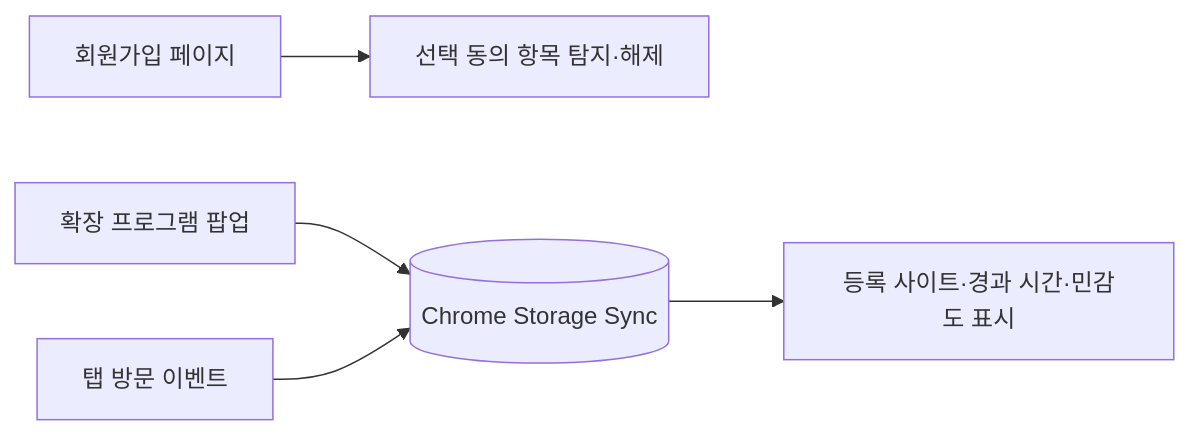
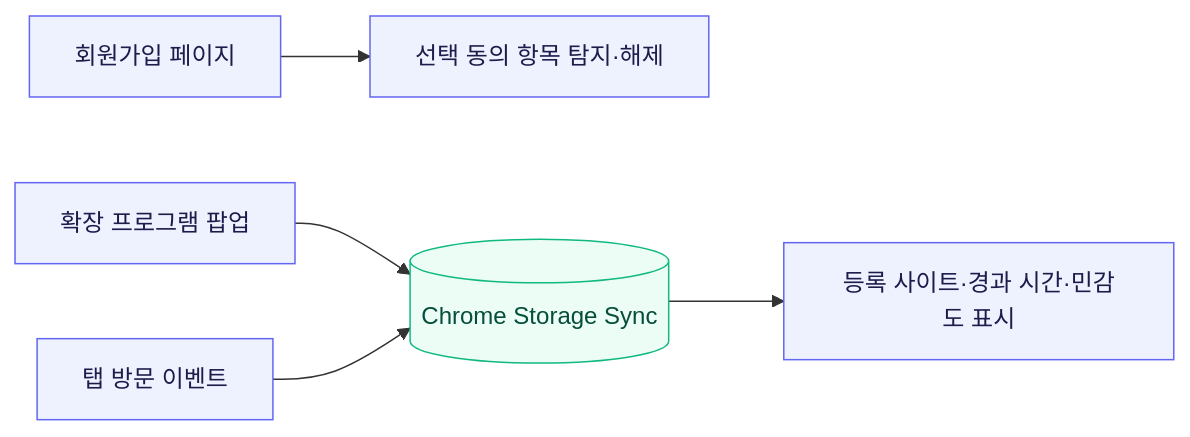
One commit to leedidc/P-GRAB changed the diagram in README.md. Above: the diagram before and after it, drawn with Mermaid. The commit also changed other lines of this file, not shown here.

Commit message:
Document project architecture and concrete implementation improvements

````diff
--- a/README.md
+++ b/README.md
@@ -19,7 +21,11 @@
 ```mermaid
 flowchart LR
     A[회원가입 페이지] --> B[선택 동의 항목 탐지·해제]
     C[확장 프로그램 팝업] --> D[(Chrome Storage Sync)]
     E[탭 방문 이벤트] --> D
     D --> F[등록 사이트·경과 시간·민감도 표시]
+    classDef browser fill:#eef2ff,stroke:#6366f1,color:#1e1b4b
+    classDef storage fill:#ecfdf5,stroke:#10b981,color:#064e3b
+    class A,B,C,E,F browser
+    class D storage
 ```
````
